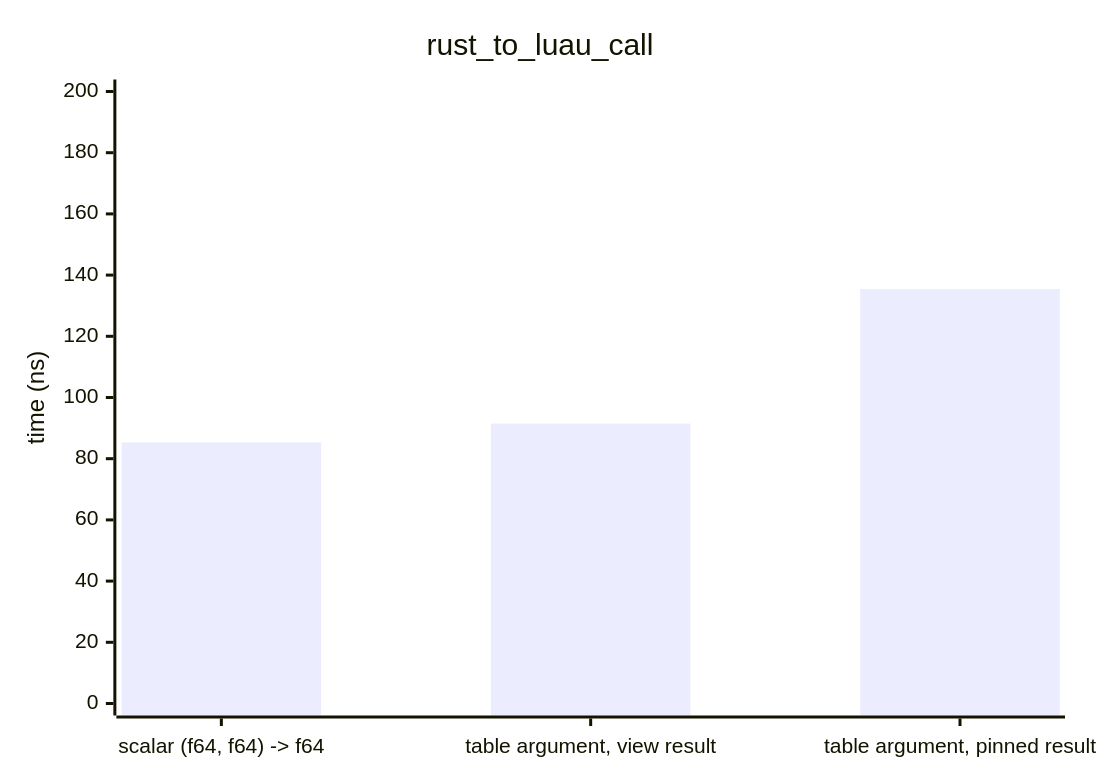
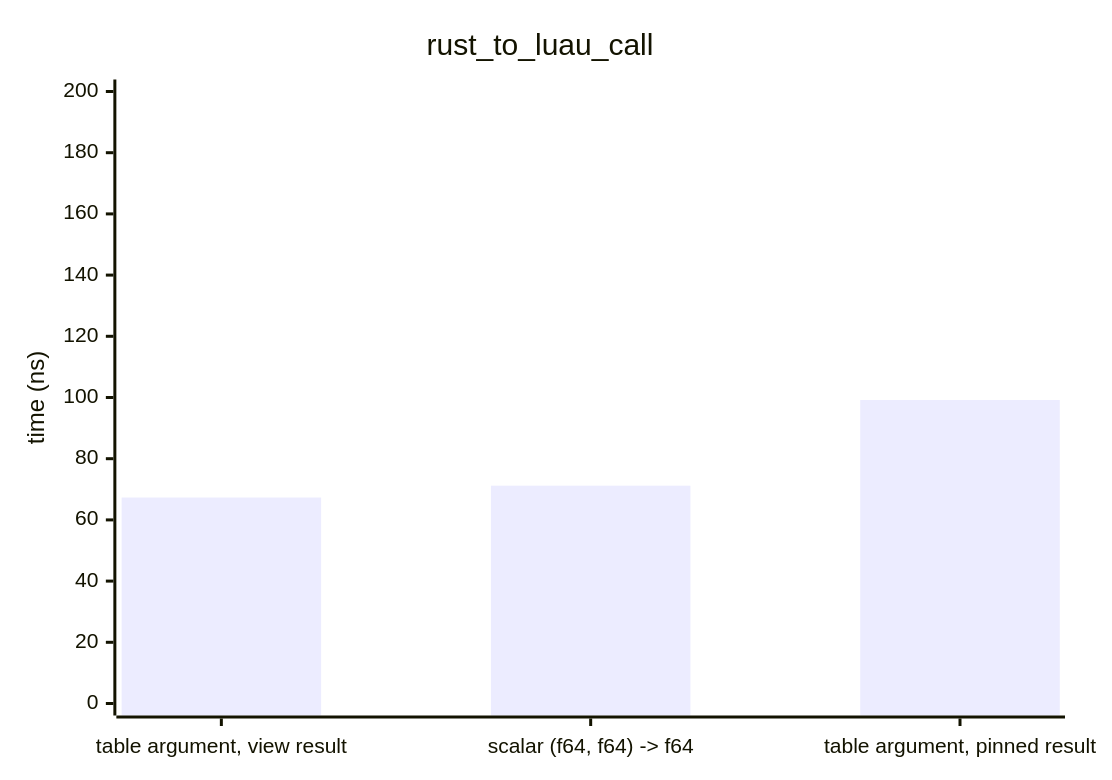
The first of 8 diagrams in BENCHMARKS.md (DreamWeave-MP/l3i), drawn with Mermaid before and after one commit. The commit also changed other lines of this file and 1 other file, not shown here.

````diff
--- a/BENCHMARKS.md
+++ b/BENCHMARKS.md
@@ -17,7 +17,7 @@
 ```mermaid
 xychart-beta
     title "rust_to_luau_call"
-    x-axis ["scalar (f64, f64) -> f64", "table argument, view result", "table argument, pinned result"]
+    x-axis ["table argument, view result", "scalar (f64, f64) -> f64", "table argument, pinned result"]
     y-axis "time (ns)" 0 --> 200.00
-    bar [85.34, 91.48, 135.46]
+    bar [67.31, 71.18, 99.19]
 ```
````
